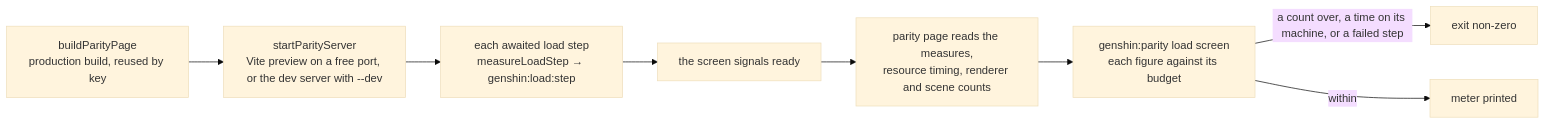
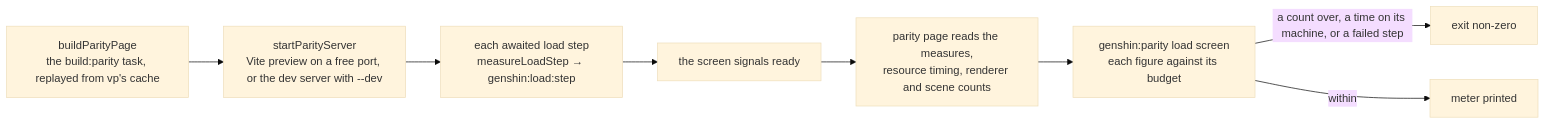
The diagram in apps/web/content/docs/genshin/load-budget.md (Esposter/Esposter), drawn with Mermaid (base theme) before and after one commit. The commit also changed other lines of this file and 4 other files, not shown here.

First line of the commit message:
refactor(scripts): the parity page's production build is the root build:parity task, and its hand-kept build key goes

````diff
--- a/apps/web/content/docs/genshin/load-budget.md
+++ b/apps/web/content/docs/genshin/load-budget.md
@@ -39,10 +39,10 @@
 ```mermaid
 flowchart LR
-  BUILD["buildParityPage<br/>production build, reused by key"] --> PREVIEW["startParityServer<br/>Vite preview on a free port, or the dev server with --dev"]
+  BUILD["buildParityPage<br/>the build:parity task, replayed from vp's cache"] --> PREVIEW["startParityServer<br/>Vite preview on a free port, or the dev server with --dev"]
   PREVIEW --> STEP["each awaited load step<br/>measureLoadStep → genshin:load:step"]
   STEP --> READY["the screen signals ready"]
   READY --> READ["parity page reads the measures,<br/>resource timing, renderer and scene counts"]
   READ --> METER["genshin:parity load screen<br/>each figure against its budget"]
   METER -->|a count over, a time on its machine, or a failed step| FAIL["exit non-zero"]
   METER -->|within| PASS["meter printed"]
 ```
````
